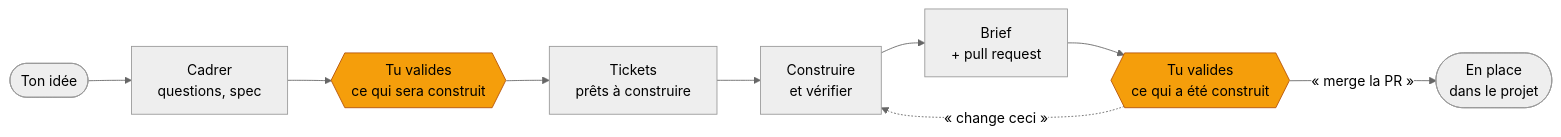
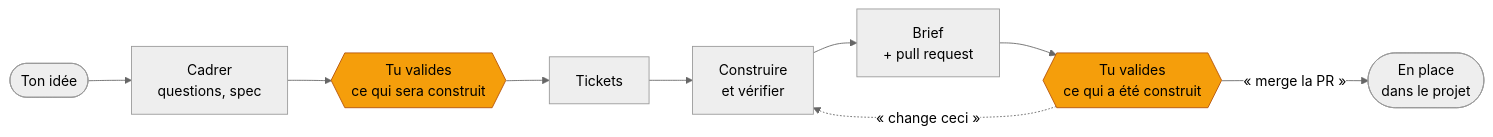
One commit to arthurnicolas59/an-forge changed the first of 7 diagrams in README.md. Above: the diagram before and after it, drawn with Mermaid (neutral theme). The commit also changed other lines of this file, not shown here.

````diff
--- a/README.md
+++ b/README.md
@@ -17,14 +18,14 @@
 ```mermaid
 flowchart LR
     idee(["Ton idée"]) --> cadrer["Cadrer<br/>questions, spec"]
     cadrer --> ok1{{"Tu valides<br/>ce qui sera construit"}}
-    ok1 --> tickets["Tickets<br/>prêts à construire"]
+    ok1 --> tickets["Tickets"]
     tickets --> construire["Construire<br/>et vérifier"]
     construire --> brief["Brief<br/>+ pull request"]
     brief --> ok2{{"Tu valides<br/>ce qui a été construit"}}
     ok2 -->|"« merge la PR »"| fini(["En place<br/>dans le projet"])
     ok2 -.->|"« change ceci »"| construire
 
     classDef toi fill:#f59e0b,stroke:#b45309,color:#000
     class ok1,ok2 toi
 ```
````
